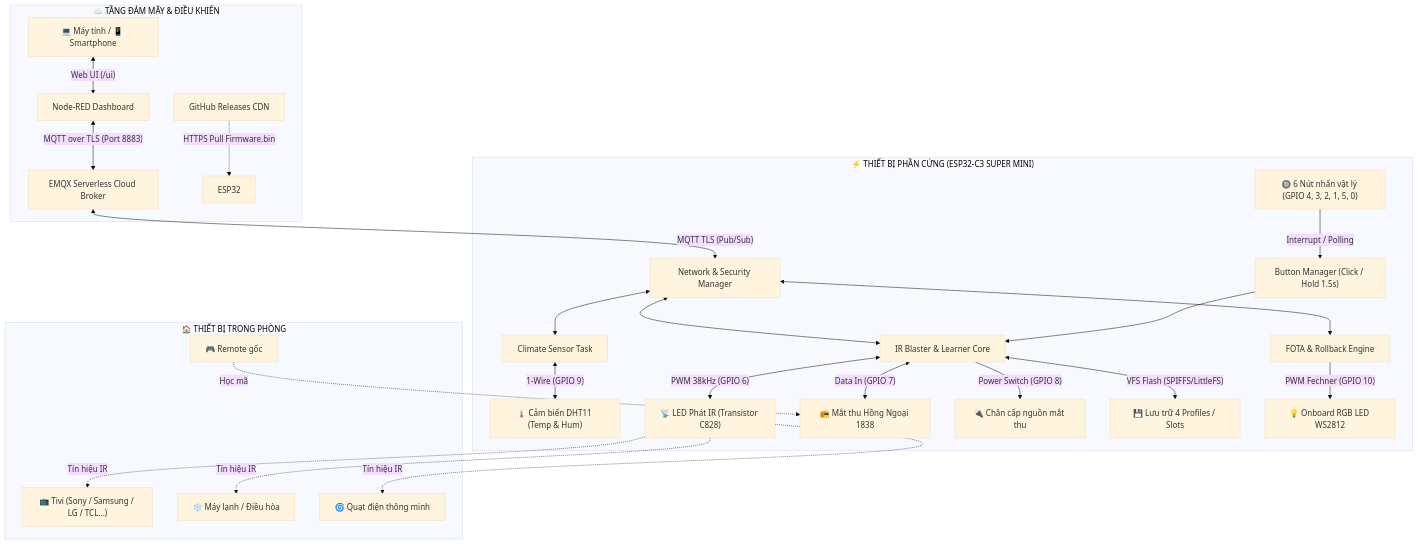
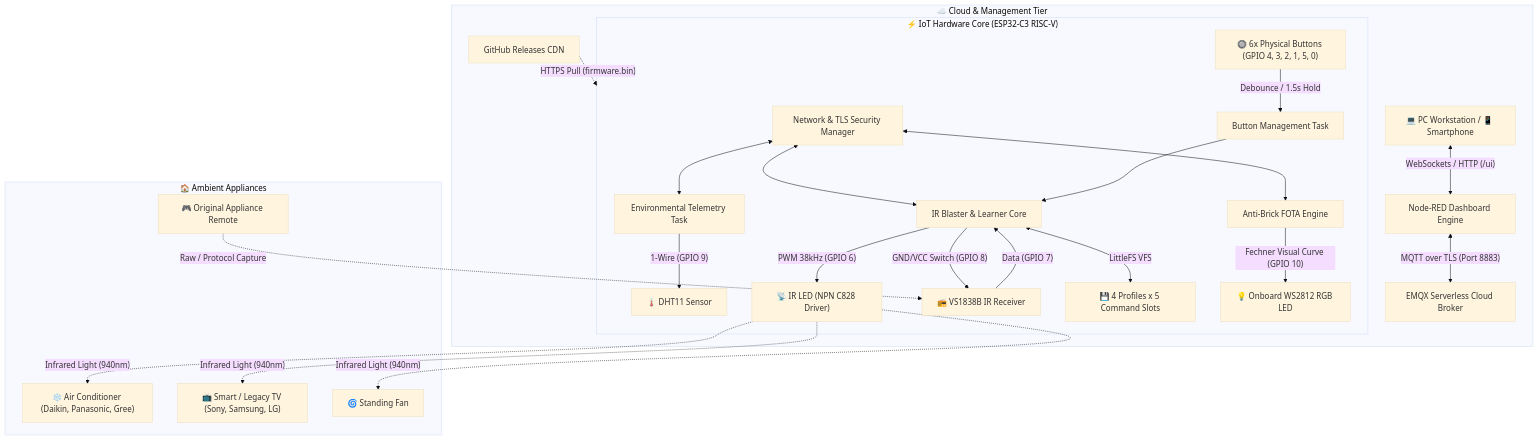
Before and after one commit to Nhdnguyenhoangduc/IOT_Smart_Remote: the first of 2 diagrams in README.md, drawn with Mermaid (base theme). The commit also changed other lines of this file and 18 other files, not shown here.

Commit message:
docs: restructure repository for public technical architecture and specifications

````diff
--- a/README.md
+++ b/README.md
@@ -48,34 +54,33 @@
 ```mermaid
 flowchart TD
-    subgraph CLOUD_SERVER ["☁️ TẦNG ĐÁM MÂY & ĐIỀU KHIỂN"]
-        UserPC["💻 Máy tính / 📱 Smartphone"] <-->|"Web UI (/ui)"| NodeRED["Node-RED Dashboard"]
+    subgraph CLOUD_SERVER ["☁️ Cloud & Management Tier"]
+        ClientDevices["💻 PC Workstation / 📱 Smartphone"] <-->|"WebSockets / HTTP (/ui)"| NodeRED["Node-RED Dashboard Engine"]
         NodeRED <-->|"MQTT over TLS (Port 8883)"| EMQX["EMQX Serverless Cloud Broker"]
-        GitHub["GitHub Releases CDN"] -.->|"HTTPS Pull Firmware.bin"| ESP32
+        GitHubRelease["GitHub Releases CDN"] -.->|"HTTPS Pull (firmware.bin)"| EdgeDevice
     end
 
-    subgraph IOT_DEVICE ["⚡ THIẾT BỊ PHẦN CỨNG (ESP32-C3 SUPER MINI)"]
-        EMQX <-->|"MQTT TLS (Pub/Sub)"| NetworkMgr["Network & Security Manager"]
-        NetworkMgr <--> FOTAMgr["FOTA & Rollback Engine"]
-        NetworkMgr <--> IRModule["IR Blaster & Learner Core"]
-        NetworkMgr <--> SensorModule["Climate Sensor Task"]
+    subgraph EdgeDevice ["⚡ IoT Hardware Core (ESP32-C3 RISC-V)"]
+        NetManager["Network & TLS Security Manager"] <--> FOTAManager["Anti-Brick FOTA Engine"]
+        NetManager <--> IRController["IR Blaster & Learner Core"]
+        NetManager <--> SensorTask["Environmental Telemetry Task"]
 
-        SensorModule <-->|"1-Wire (GPIO 9)"| DHT11["🌡️ Cảm biến DHT11 (Temp & Hum)"]
+        SensorTask -->|"1-Wire (GPIO 9)"| DHT11Sensor["🌡️ DHT11 Sensor"]
         
-        IRModule <-->|"PWM 38kHz (GPIO 6)"| IR_TX["📡 LED Phát IR (Transistor C828)"]
-        IRModule <-->|"Data In (GPIO 7)"| IR_RX["📻 Mắt thu Hồng Ngoại 1838"]
-        IRModule -->|"Power Switch (GPIO 8)"| RX_PWR["🔌 Chân cấp nguồn mắt thu"]
-        IRModule <-->|"VFS Flash (SPIFFS/LittleFS)"| FlashStorage["💾 Lưu trữ 4 Profiles / Slots"]
+        IRController -->|"PWM 38kHz (GPIO 6)"| IRTransmitter["📡 IR LED (NPN C828 Driver)"]
+        IRReceiver["📻 VS1838B IR Receiver"] -->|"Data (GPIO 7)"| IRController
+        IRController -->|"GND/VCC Switch (GPIO 8)"| IRReceiver
+        IRController <-->|"LittleFS VFS"| FlashMemory["💾 4 Profiles x 5 Command Slots"]
 
-        FOTAMgr -->|"PWM Fechner (GPIO 10)"| RGB_LED["💡 Onboard RGB LED WS2812"]
+        FOTAManager -->|"Fechner Visual Curve (GPIO 10)"| WS2812["💡 Onboard WS2812 RGB LED"]
         
-        Buttons["🔘 6 Nút nhấn vật lý (GPIO 4, 3, 2, 1, 5, 0)"] -->|"Interrupt / Polling"| BtnMgr["Button Manager (Click / Hold 1.5s)"]
-        BtnMgr --> IRModule
+        PhysicalButtons["🔘 6x Physical Buttons (GPIO 4, 3, 2, 1, 5, 0)"] -->|"Debounce / 1.5s Hold"| ButtonManager["Button Management Task"]
+        ButtonManager --> IRController
     end
 
-    subgraph APPLIANCES ["🏠 THIẾT BỊ TRONG PHÒNG"]
-        IR_TX -.->|"Tín hiệu IR"| TV["📺 Tivi (Sony / Samsung / LG / TCL...)"]
-        IR_TX -.->|"Tín hiệu IR"| AC["❄️ Máy lạnh / Điều hòa"]
-        IR_TX -.->|"Tín hiệu IR"| Fan["🌀 Quạt điện thông minh"]
-        RealRemote["🎮 Remote gốc"] -.->|"Học mã"| IR_RX
+    subgraph APPLIANCES ["🏠 Ambient Appliances"]
+        IRTransmitter -.->|"Infrared Light (940nm)"| AirConditioner["❄️ Air Conditioner (Daikin, Panasonic, Gree)"]
+        IRTransmitter -.->|"Infrared Light (940nm)"| Television["📺 Smart / Legacy TV (Sony, Samsung, LG)"]
+        IRTransmitter -.->|"Infrared Light (940nm)"| ElectricFan["🌀 Standing Fan"]
+        OriginalRemote["🎮 Original Appliance Remote"] -.->|"Raw / Protocol Capture"| IRReceiver
     end
 ```
````
